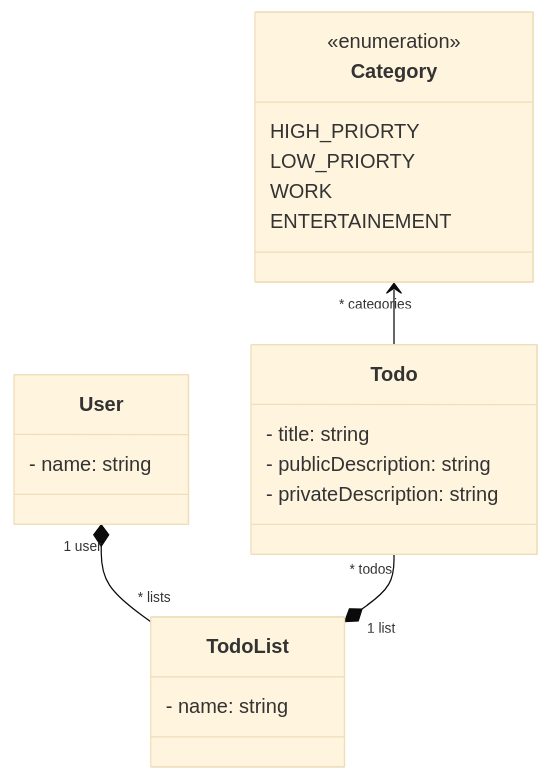
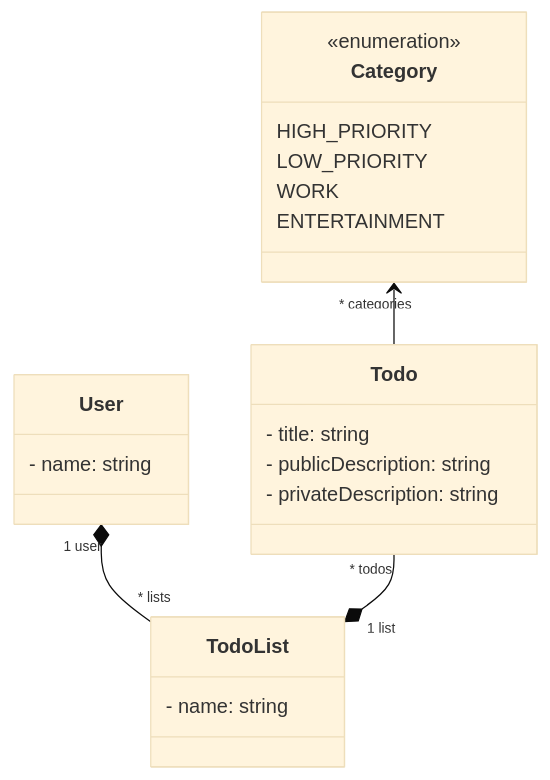
The diagram in tp-spring/README.md (arnobl/WebEngineering-INSA), drawn with Mermaid (base theme) before and after one commit. The commit also changed other lines of this file, not shown here.

````diff
--- a/tp-spring/README.md
+++ b/tp-spring/README.md
@@ -30,25 +30,25 @@
 ```mermaid
 classDiagram
     class User {
         - name: string
     }
     class TodoList {
         - name: string
     }
     class Todo {
         - title: string
         - publicDescription: string
         - privateDescription: string
     }
     class Category {
         <<enumeration>>
 
-        HIGH_PRIORTY
-        LOW_PRIORTY
+        HIGH_PRIORITY
+        LOW_PRIORITY
         WORK
-        ENTERTAINEMENT
+        ENTERTAINMENT
     }
     User "1 user" *-- "* lists" TodoList
     Todo "* todos" --* "1 list" TodoList
     Category "* categories" <-- Todo 
 ```
````
